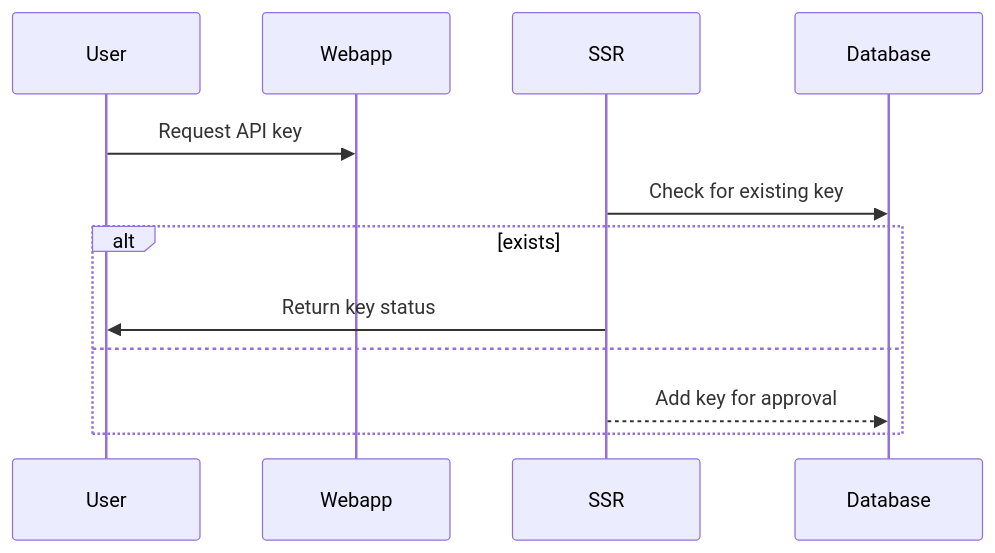
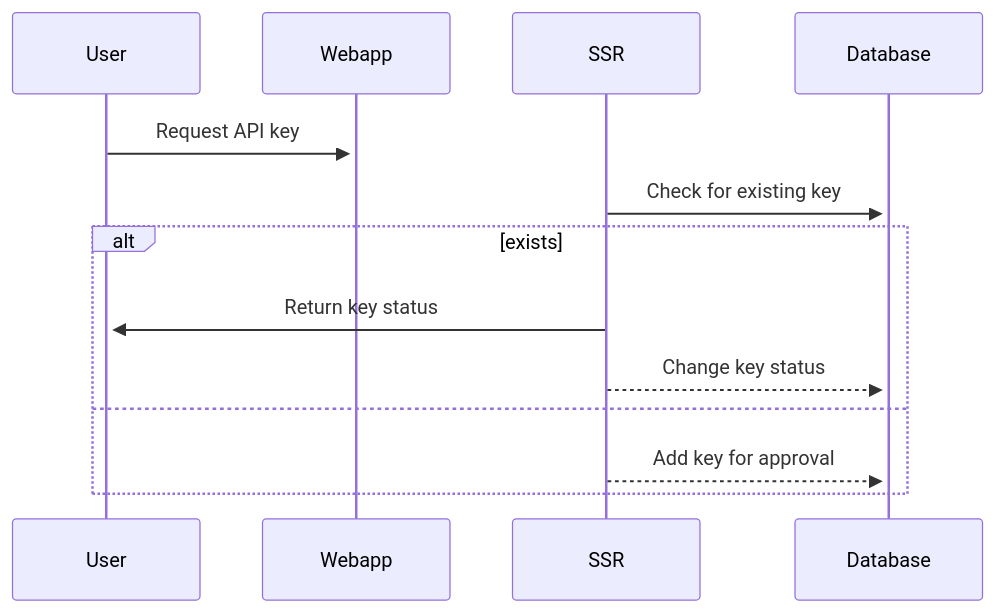
The first of 2 diagrams in Platform/Sequences/API key request.md (MateuszSuder/SlotPlatform-documentation), drawn with Mermaid before and after one commit. The commit also changed other lines of this file and 3 other files, not shown here.

Commit message:
postpone api key retrieval

````diff
--- a/Platform/Sequences/API key request.md
+++ b/Platform/Sequences/API key request.md
@@ -4,10 +5,11 @@
 ```mermaid
 sequenceDiagram
-	User->>Webapp: Request API key
-	SSR->>Database: Check for existing key
+	User->>+Webapp: Request API key
+	SSR->>+Database: Check for existing key
 	alt exists
-		SSR->>User: Return key status
+		SSR->>+User: Return key status
+		SSR-->>Database: Change key status
 	else
 		SSR-->>Database: Add key for approval
 	end
 ```
````
